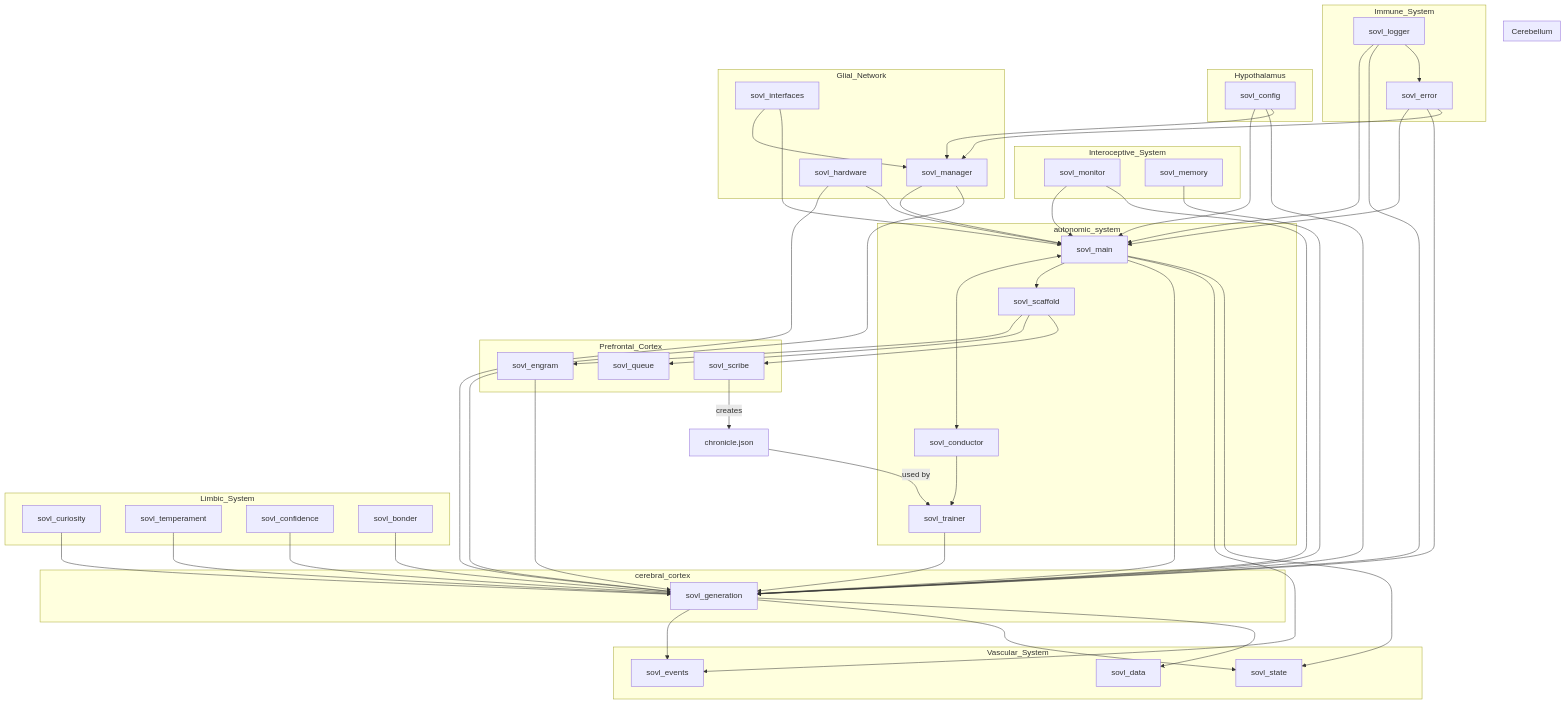
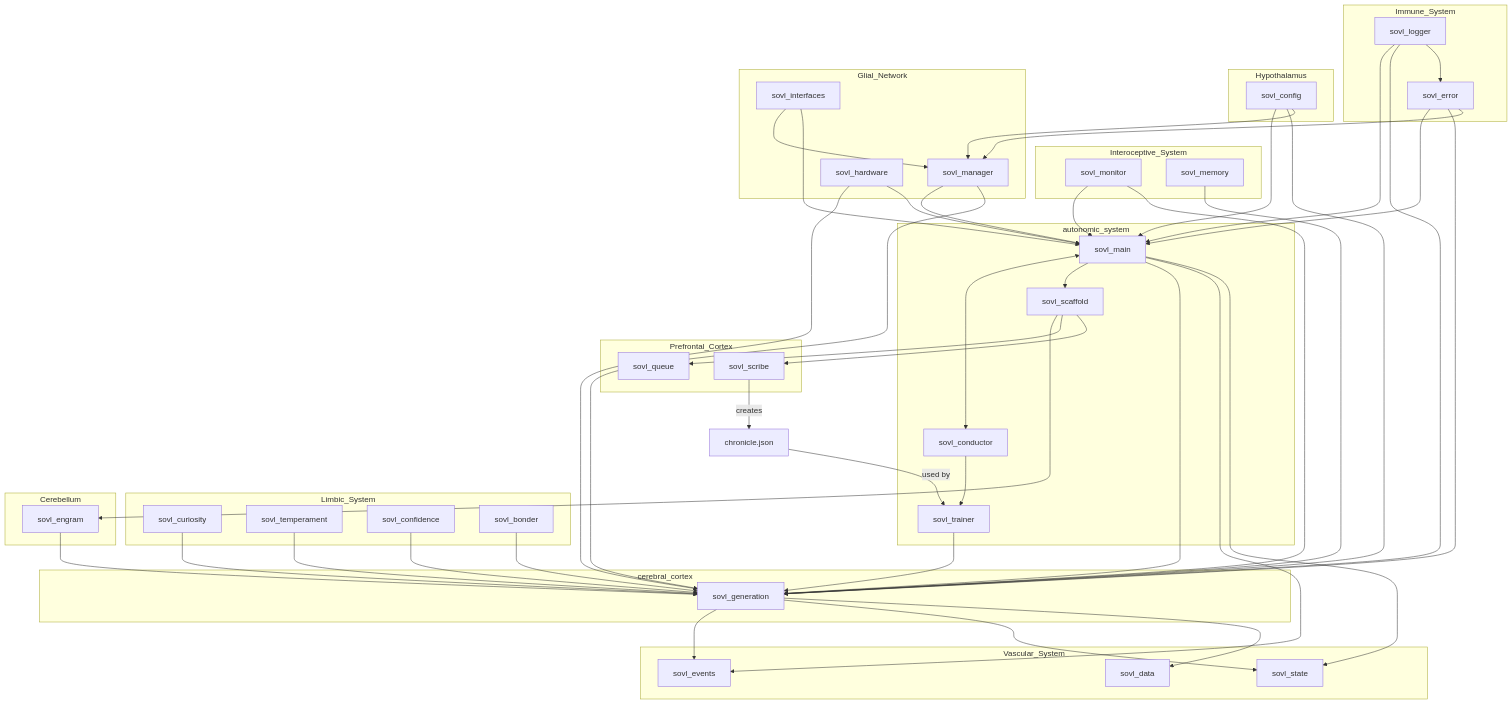
The diagram in structure.mmd (oppolla/Self-Organizing-Virtual-Lifeform), drawn with Mermaid before and after one commit. The commit also changed other lines of this file, not shown here.

```diff
--- a/structure.mmd
+++ b/structure.mmd
@@ -1,127 +1,127 @@
 graph TD
     %% Autonomic System
     subgraph autonomic_system
         sovl_scaffold
         sovl_trainer
         sovl_main
         sovl_conductor
     end
 
     %% Cerebral Cortex 
     subgraph cerebral_cortex 
         sovl_generation
     end
 
     %% Prefrontal Cortex
     subgraph Prefrontal_Cortex
-        sovl_engram
         sovl_queue
         sovl_scribe   
     end
 
     %% Limbic System
     subgraph Limbic_System
         sovl_curiosity
         sovl_temperament
         sovl_confidence
         sovl_bonder
     end
 
     %% Cerebellum
     subgraph Cerebellum
         sovl_scaffold
+        sovl_engram
     end
 
     %% Vascular System
     subgraph Vascular_System
         sovl_events
         sovl_state
         sovl_data
     end
 
     %% Interoceptive System
     subgraph Interoceptive_System
         sovl_monitor
         sovl_memory
     end
 
     %% Immune System
     subgraph Immune_System
         sovl_error
         sovl_logger
     end
 
     %% Hypothalamus
     subgraph Hypothalamus
         sovl_config
     end
 
     %% Glial Network
     subgraph Glial_Network
         sovl_manager
         sovl_interfaces
         sovl_hardware
     end
 
     %% Hippocampus
     chronicle["chronicle.json"]
 
     %% Flows
     sovl_main <--> sovl_conductor
     sovl_main --> sovl_scaffold
     sovl_main --> sovl_generation
     sovl_conductor --> sovl_trainer
     sovl_scaffold --> sovl_engram
     sovl_scaffold --> sovl_queue
     sovl_scaffold --> sovl_scribe
 
     %% Limbic System flows into Heart
     sovl_curiosity --> sovl_generation
     sovl_temperament --> sovl_generation
     sovl_confidence --> sovl_generation
     sovl_bonder --> sovl_generation
 
     %% Hippocampus supports Heart
     sovl_engram --> sovl_generation
     sovl_trainer --> sovl_generation
 
     %% Chronicle data flow
     sovl_scribe -- creates --> chronicle
     chronicle -- used by --> sovl_trainer
 
     %% Vascular System connects to Heart and Neocortex
     sovl_generation --> sovl_events
     sovl_generation --> sovl_state
     sovl_generation --> sovl_data
     sovl_main --> sovl_events
     sovl_main --> sovl_state
 
     %% Sensory System reports to Neocortex and Heart
     sovl_monitor --> sovl_main
     sovl_monitor --> sovl_generation
 
     %% Immune System monitors all
     sovl_error --> sovl_main
     sovl_error --> sovl_generation
     sovl_error --> sovl_manager
 
     %% Metabolic System supports Heart and Neocortex
     sovl_hardware --> sovl_generation
     sovl_memory --> sovl_generation
     sovl_hardware --> sovl_main
 
     %% Genome configures all
     sovl_config --> sovl_main
     sovl_config --> sovl_generation
     sovl_config --> sovl_manager
 
     %% Glial Network ties together
     sovl_manager --> sovl_main
     sovl_manager --> sovl_generation
     sovl_interfaces --> sovl_manager
     sovl_interfaces --> sovl_main
 
     %% Expressive System logs for all
     sovl_logger --> sovl_main
     sovl_logger --> sovl_generation
     sovl_logger --> sovl_error
```
